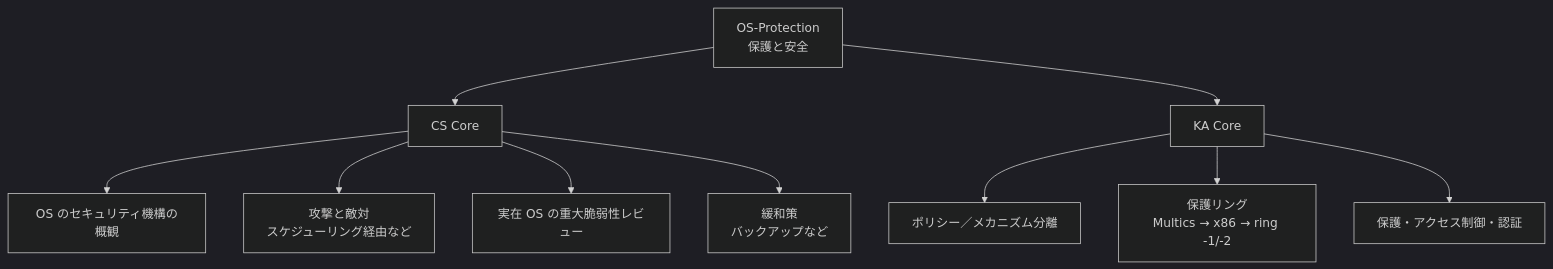
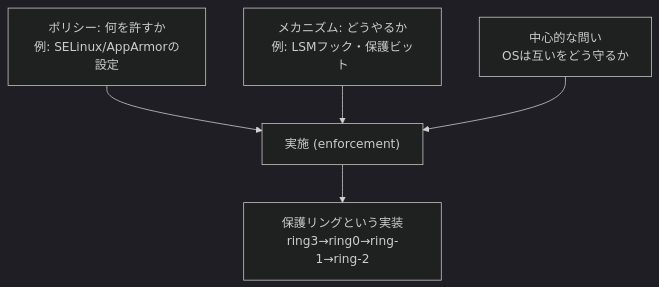
The first of 4 diagrams in docs/OS/OS-Protection.md (miyataka/cszap), drawn with Mermaid (dark theme) before and after one commit. The commit also changed other lines of this file and 28 other files, not shown here.

First line of the commit message:
docs: redesign 全体像 diagrams per unit (29 pages)

````diff
--- a/docs/OS/OS-Protection.md
+++ b/docs/OS/OS-Protection.md
@@ -12,12 +24,10 @@
 ```mermaid
 graph TD
-  A[OS-Protection<br/>保護と安全] --> B[CS Core]
-  A --> C[KA Core]
-  B --> B1[OS のセキュリティ機構の概観]
-  B --> B2[攻撃と敵対<br/>スケジューリング経由など]
-  B --> B3[実在 OS の重大脆弱性レビュー]
-  B --> B4[緩和策<br/>バックアップなど]
-  C --> C1[ポリシー／メカニズム分離]
-  C --> C2[保護リング<br/>Multics → x86 → ring -1/-2]
-  C --> C3[保護・アクセス制御・認証]
+  Q["中心的な問い<br/>OSは互いをどう守るか"]
+
+  POLICY["ポリシー: 何を許すか<br/>例: SELinux/AppArmorの設定"] --> ENFORCE["実施 (enforcement)"]
+  MECH["メカニズム: どうやるか<br/>例: LSMフック・保護ビット"] --> ENFORCE
+  ENFORCE --> RING["保護リングという実装<br/>ring3→ring0→ring-1→ring-2"]
+
+  Q --> ENFORCE
 ```
````
